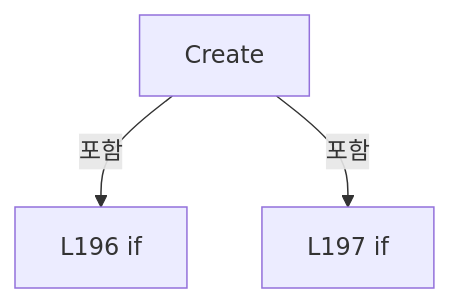
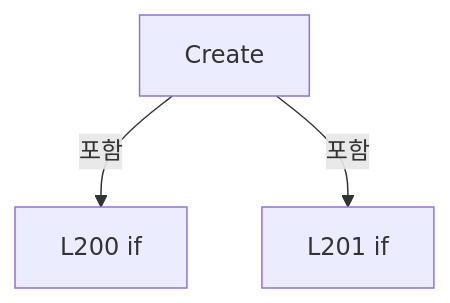
One commit to kjuws10-rgb/Shared changed the eighth of 22 diagrams in A3 LD Code Ref/files/Drilling.Common/Correction/CAlignInterpolation.cs.md. Above: the diagram before and after it, drawn with Mermaid. The commit also changed other lines of this file and 2071 other files, not shown here.

Commit message:
docs(a3): update 11.19.0 architecture and code reference

````diff
--- a/A3 LD Code Ref/files/Drilling.Common/Correction/CAlignInterpolation.cs.md
+++ b/A3 LD Code Ref/files/Drilling.Common/Correction/CAlignInterpolation.cs.md
@@ -1575,8 +1575,8 @@
 ```mermaid
 flowchart TD
  M["Create"]
- N0["L196 if"]
+ N0["L200 if"]
  M -->|포함| N0
- N1["L197 if"]
+ N1["L201 if"]
  M -->|포함| N1
 ```
````
